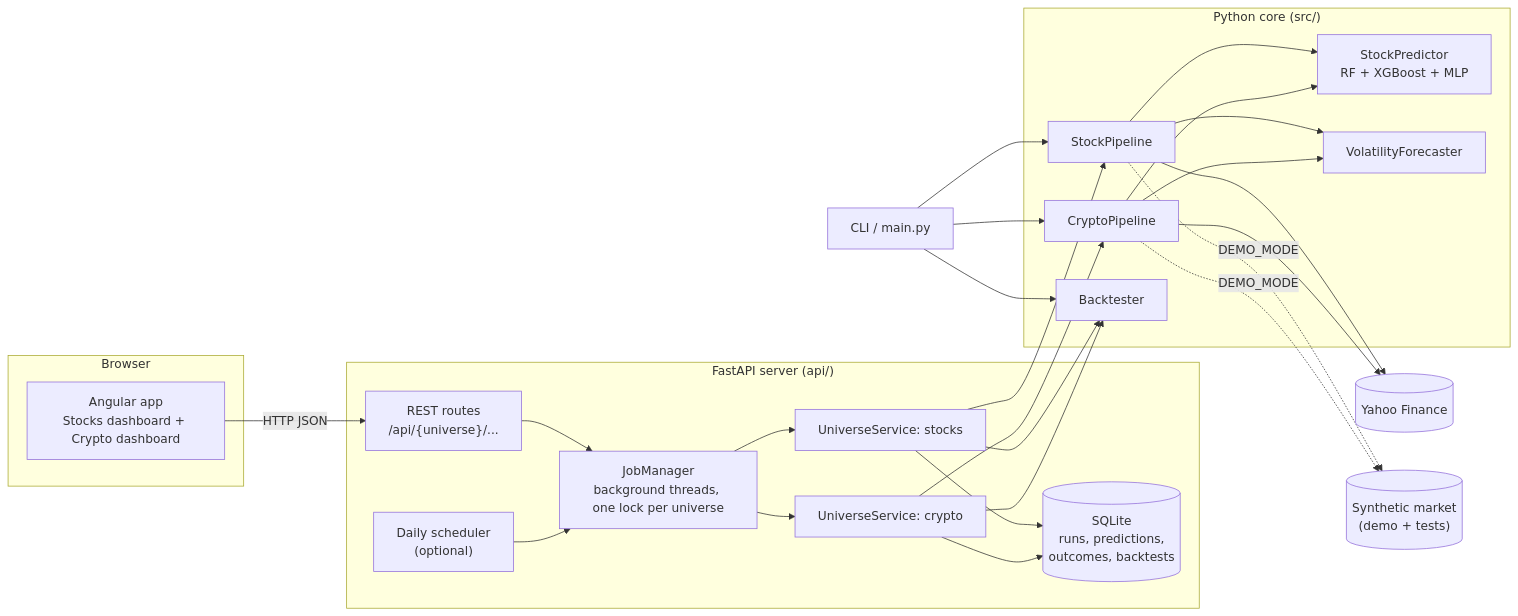
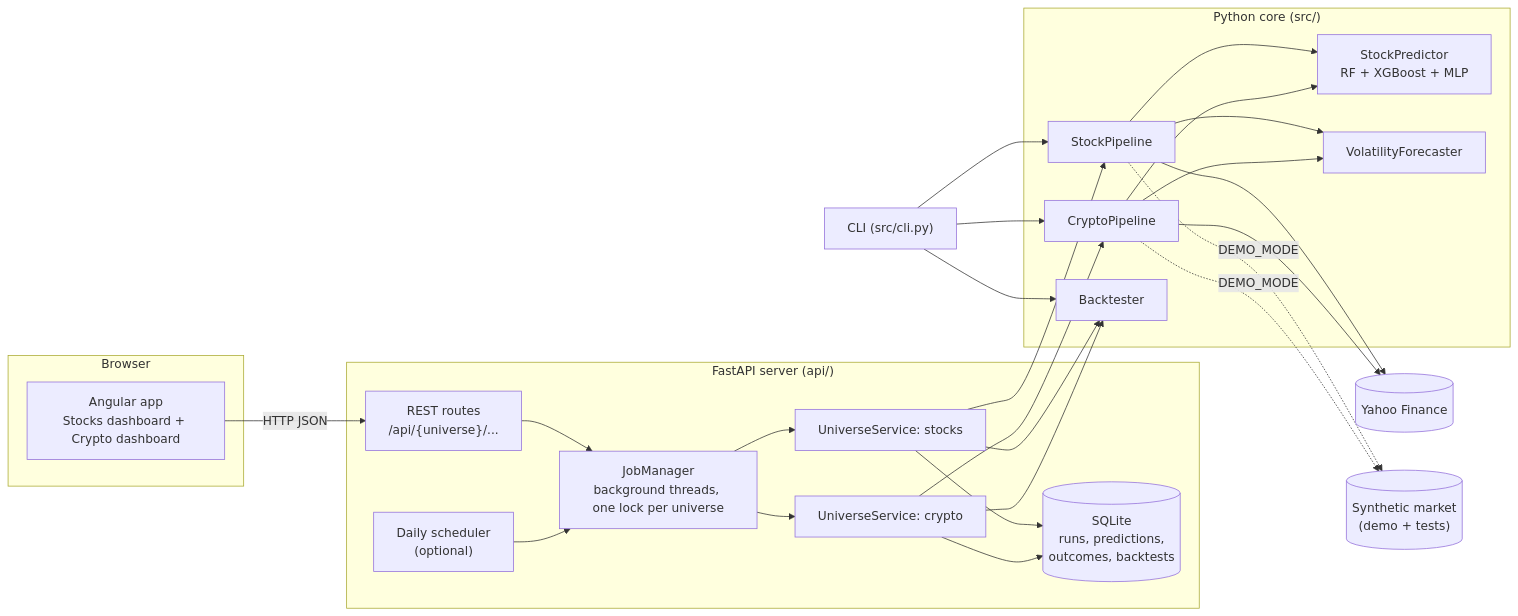
One commit to elyr/stock-market-predictor changed the first of 8 diagrams in docs/ARCHITECTURE.md. Above: the diagram before and after it, drawn with Mermaid. The commit also changed other lines of this file and 4 other files, not shown here.

First line of the commit message:
Remove main.py so the CLI is the one command line (#85)

````diff
--- a/docs/ARCHITECTURE.md
+++ b/docs/ARCHITECTURE.md
@@ -63,40 +63,40 @@
 ```mermaid
 flowchart LR
     subgraph Browser
         UI["Angular app<br/>Stocks dashboard + Crypto dashboard"]
     end
 
     subgraph Server["FastAPI server (api/)"]
         ROUTES["REST routes<br/>/api/{universe}/..."]
         JOBS["JobManager<br/>background threads, one lock per universe"]
         SVC_S["UniverseService: stocks"]
         SVC_C["UniverseService: crypto"]
         STORE[("SQLite<br/>runs, predictions,<br/>outcomes, backtests")]
         SCHED["Daily scheduler<br/>(optional)"]
     end
 
     subgraph Core["Python core (src/)"]
         SP["StockPipeline"]
         CP["CryptoPipeline"]
         BT["Backtester"]
         ML["StockPredictor<br/>RF + XGBoost + MLP"]
         VOL["VolatilityForecaster"]
     end
 
-    CLI["CLI / main.py"]
+    CLI["CLI (src/cli.py)"]
     YF[("Yahoo Finance")]
     SYN[("Synthetic market<br/>(demo + tests)")]
 
     UI -->|HTTP JSON| ROUTES
     ROUTES --> JOBS
     JOBS --> SVC_S & SVC_C
     SCHED --> JOBS
     SVC_S --> SP
     SVC_C --> CP
     SVC_S & SVC_C --> BT
     SVC_S & SVC_C --> STORE
     SP & CP --> ML & VOL
     SP & CP --> YF
     SP & CP -.->|DEMO_MODE| SYN
     CLI --> SP & CP & BT
 ```
````
